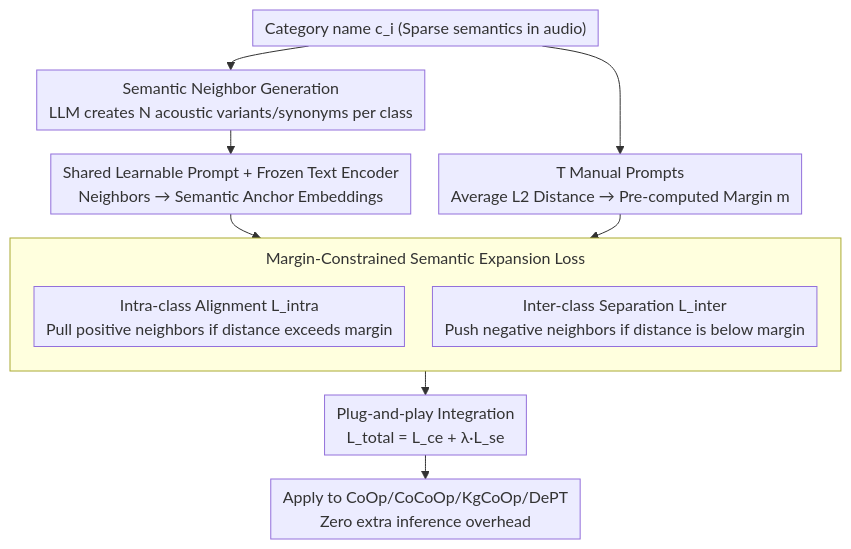
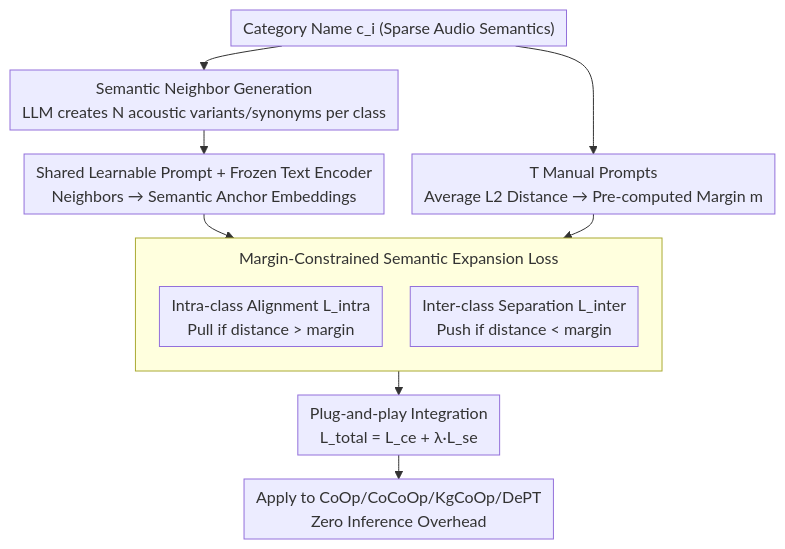
The diagram in docs/ACL2026/audio_speech/generalizable_prompt_tuning_for_audio-language_models_via_semantic_expansion.md (zhaoyang97/Paper-Notes-en), drawn with Mermaid before and after one commit. The commit also changed other lines of this file and 5084 other files, not shown here.

````diff
--- a/docs/ACL2026/audio_speech/generalizable_prompt_tuning_for_audio-language_models_via_semantic_expansion.md
+++ b/docs/ACL2026/audio_speech/generalizable_prompt_tuning_for_audio-language_models_via_semantic_expansion.md
@@ -48,16 +48,16 @@
 ```mermaid
 %%{init: {'flowchart': {'rankSpacing': 24, 'nodeSpacing': 28, 'padding': 6, 'wrappingWidth': 400, 'subGraphTitleMargin': {'top': 8, 'bottom': 16}}}}%%
 flowchart TD
-    A["Category name c_i (Sparse semantics in audio)"] --> B["Semantic Neighbor Generation<br/>LLM creates N acoustic variants/synonyms per class"]
+    A["Category Name c_i (Sparse Audio Semantics)"] --> B["Semantic Neighbor Generation<br/>LLM creates N acoustic variants/synonyms per class"]
     B --> C["Shared Learnable Prompt + Frozen Text Encoder<br/>Neighbors → Semantic Anchor Embeddings"]
     A --> D["T Manual Prompts<br/>Average L2 Distance → Pre-computed Margin m"]
     subgraph SE["Margin-Constrained Semantic Expansion Loss"]
         direction TB
-        E["Intra-class Alignment L_intra<br/>Pull positive neighbors if distance exceeds margin"]
-        F["Inter-class Separation L_inter<br/>Push negative neighbors if distance is below margin"]
+        E["Intra-class Alignment L_intra<br/>Pull if distance > margin"]
+        F["Inter-class Separation L_inter<br/>Push if distance < margin"]
     end
     C --> SE
     D --> SE
     SE --> G["Plug-and-play Integration<br/>L_total = L_ce + λ·L_se"]
-    G --> H["Apply to CoOp/CoCoOp/KgCoOp/DePT<br/>Zero extra inference overhead"]
+    G --> H["Apply to CoOp/CoCoOp/KgCoOp/DePT<br/>Zero Inference Overhead"]
 ```
````
